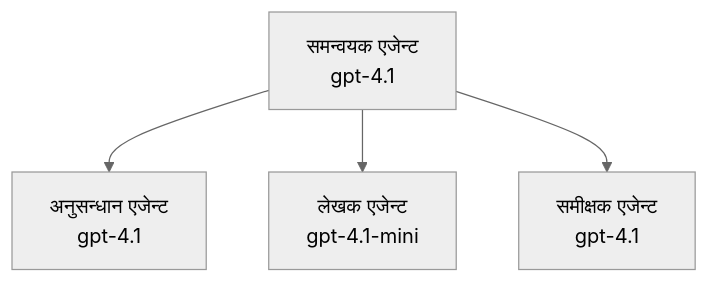
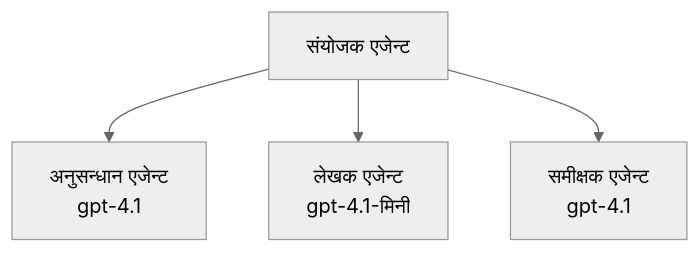
Before and after one commit to microsoft/AZD-for-beginners: the third of 3 diagrams in translations/ne/docs/chapter-02-ai-development/agents.md, drawn with Mermaid (neutral theme). The commit also changed other lines of this file and 62 other files, not shown here.

````diff
--- a/translations/ne/docs/chapter-02-ai-development/agents.md
+++ b/translations/ne/docs/chapter-02-ai-development/agents.md
@@ -201,6 +201,6 @@
 ```mermaid
 graph TD
-    Orchestrator[समन्वयक एजेन्ट<br/>gpt-4.1] --> Research[अनुसन्धान एजेन्ट<br/>gpt-4.1]
-    Orchestrator --> Writer[लेखक एजेन्ट<br/>gpt-4.1-mini]
+    Orchestrator[संयोजक एजेन्ट] --> Research[अनुसन्धान एजेन्ट<br/>gpt-4.1]
+    Orchestrator --> Writer[लेखक एजेन्ट<br/>gpt-4.1-मिनी]
     Orchestrator --> Reviewer[समीक्षक एजेन्ट<br/>gpt-4.1]
 ```
````
